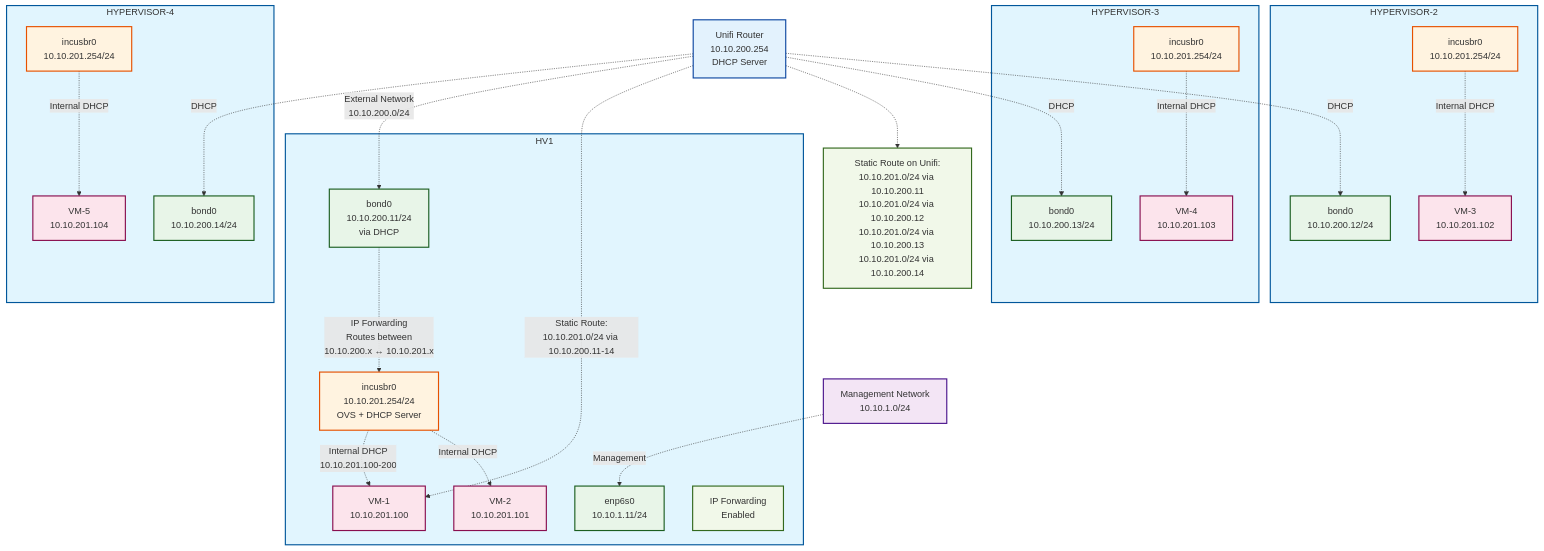
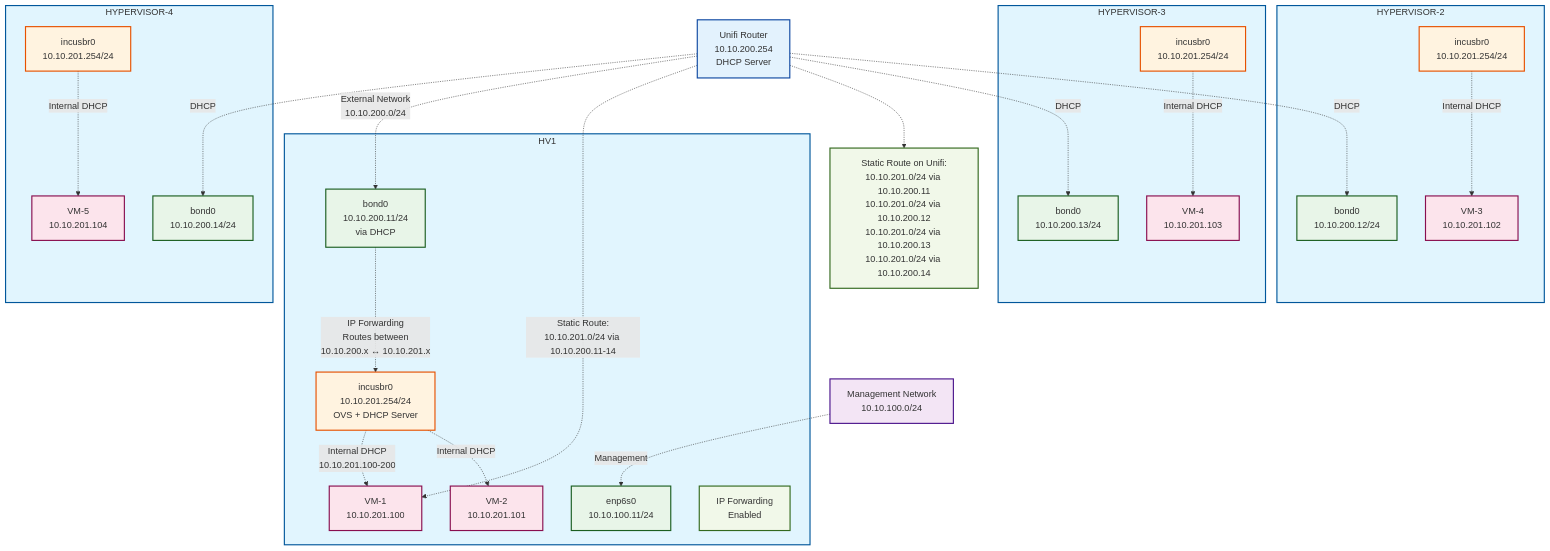
Before and after one commit to MAHDTech/nix-config: the diagram in nixos/system/config/virtualisation/incus/NOTES.md, drawn with Mermaid. The commit also changed other lines of this file and 9 other files, not shown here.

```diff
--- a/nixos/system/config/virtualisation/incus/NOTES.md
+++ b/nixos/system/config/virtualisation/incus/NOTES.md
@@ -122,7 +90,7 @@
 
     %% External Network
     UNIFI["Unifi Router<br/>10.10.200.254<br/>DHCP Server"]
-    MGMT["Management Network<br/>10.10.1.0/24"]
+    MGMT["Management Network<br/>10.10.100.0/24"]
 
     %% Hypervisors
     HV1["HYPERVISOR-1"]
@@ -144,7 +112,7 @@
 
     %% Hypervisors
     subgraph HV1
-        MGT1["enp6s0<br/>10.10.1.11/24"]
+        MGT1["enp6s0<br/>10.10.100.11/24"]
         BOND1["bond0<br/>10.10.200.11/24<br/>via DHCP"]
         BRIDGE1["incusbr0<br/>10.10.201.254/24<br/>OVS + DHCP Server"]
         VM1
```
